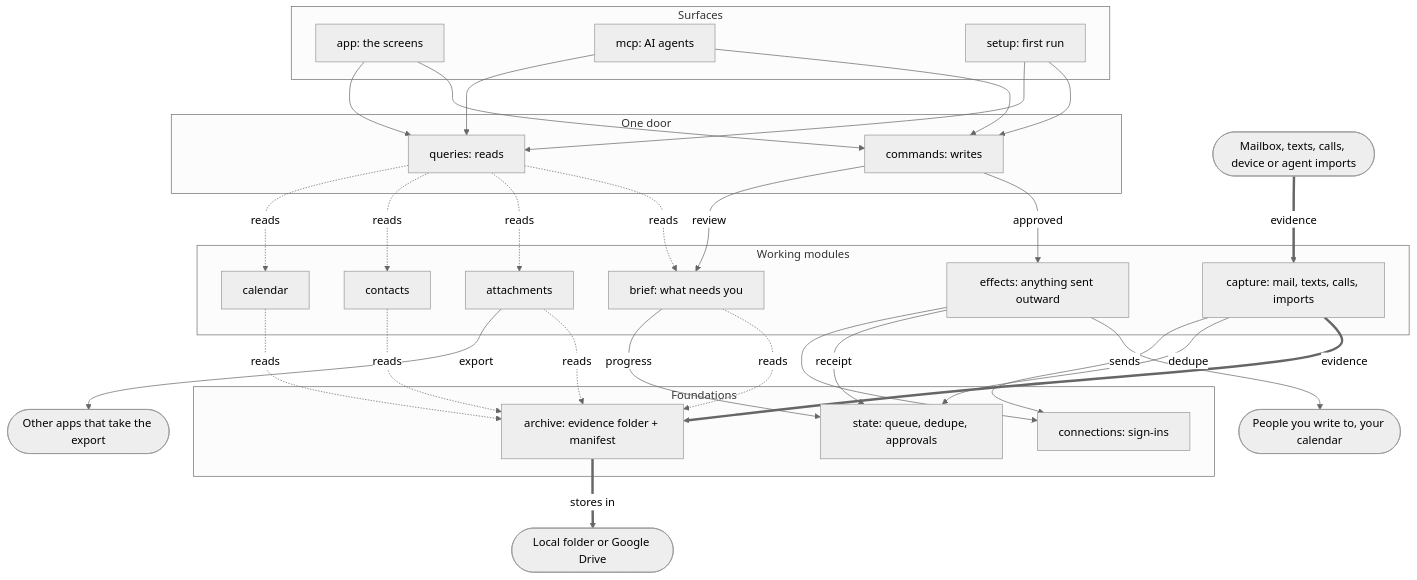
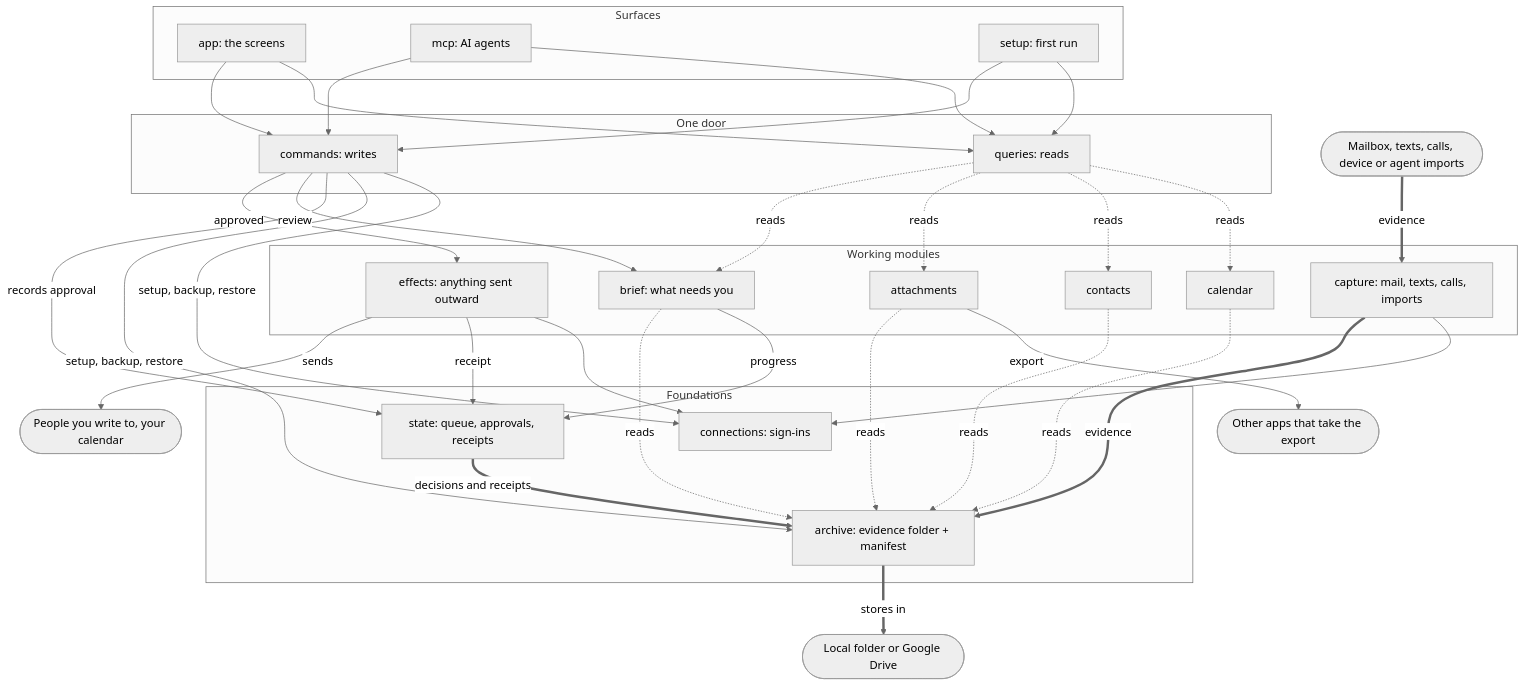
Before and after one commit to diligent-communications/diligent-communications: the diagram in map/target.md, drawn with Mermaid (neutral theme). The commit also changed other lines of this file and 21 other files, not shown here.

````diff
--- a/map/target.md
+++ b/map/target.md
@@ -5,50 +5,52 @@
 ```mermaid
 flowchart TB
   subgraph Surfaces
     app[app: the screens]
     mcp[mcp: AI agents]
     setup[setup: first run]
   end
   subgraph Door[One door]
     commands[commands: writes]
     queries[queries: reads]
   end
   subgraph Work[Working modules]
     capture[capture: mail, texts, calls, imports]
     brief[brief: what needs you]
     attachments
     contacts
     calendar
     effects[effects: anything sent outward]
   end
   subgraph Foundations
     archive[archive: evidence folder + manifest]
-    state[state: queue, dedupe, approvals]
+    state[state: queue, approvals, receipts]
     connections[connections: sign-ins]
   end
   src([Mailbox, texts, calls, device or agent imports])
   out([People you write to, your calendar])
   store([Local folder or Google Drive])
   consumers([Other apps that take the export])
 
   app --> commands & queries
   mcp --> commands & queries
   setup --> commands & queries
 
   src == evidence ==> capture == evidence ==> archive
   archive == stores in ==> store
 
   queries -. reads .-> brief & attachments & contacts & calendar
   brief -. reads .-> archive
   attachments -. reads .-> archive
   contacts -. reads .-> archive
   calendar -. reads .-> archive
 
   commands -- approved --> effects -- sends --> out
   commands -- review --> brief
   attachments -- export --> consumers
+  commands -- records approval --> state
   effects -- receipt --> state
+  state == decisions and receipts ==> archive
+  commands -- setup, backup, restore --> archive & connections
   brief -- progress --> state
-  capture -- dedupe --> state
   capture & effects --> connections
 ```
````
